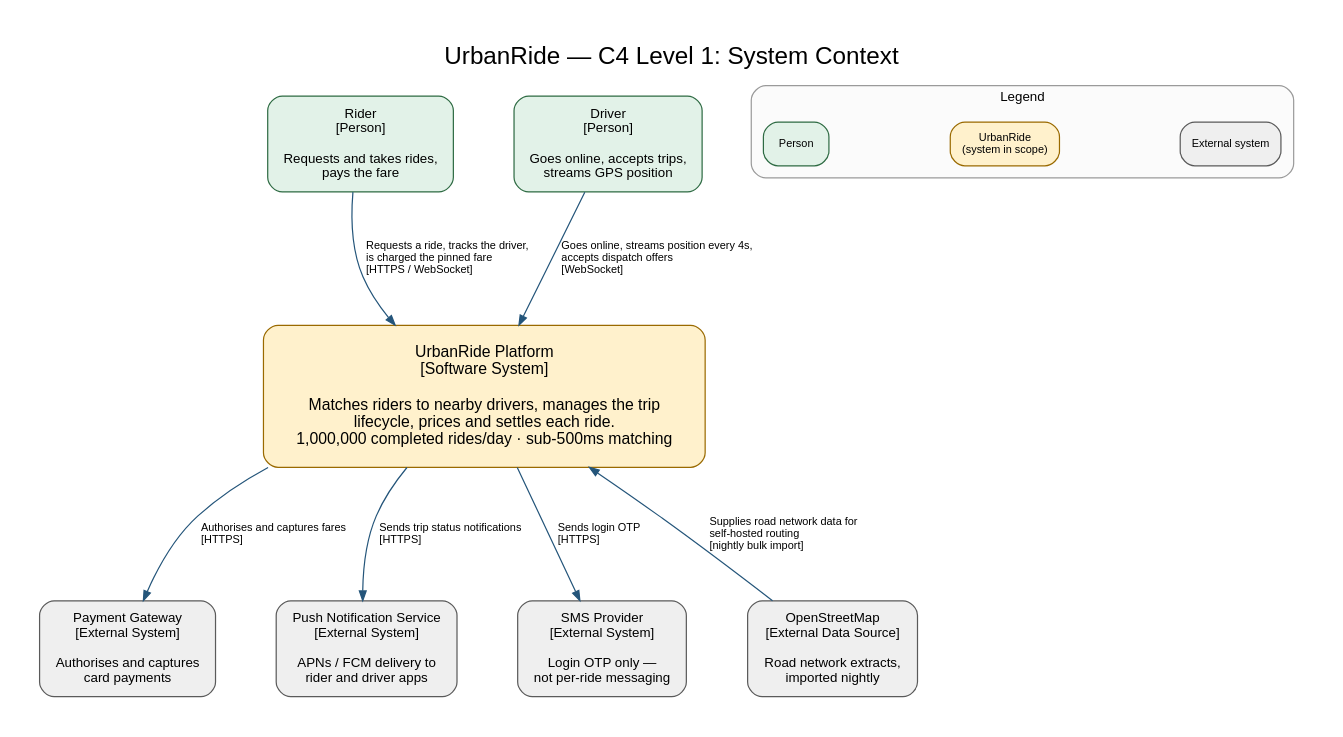
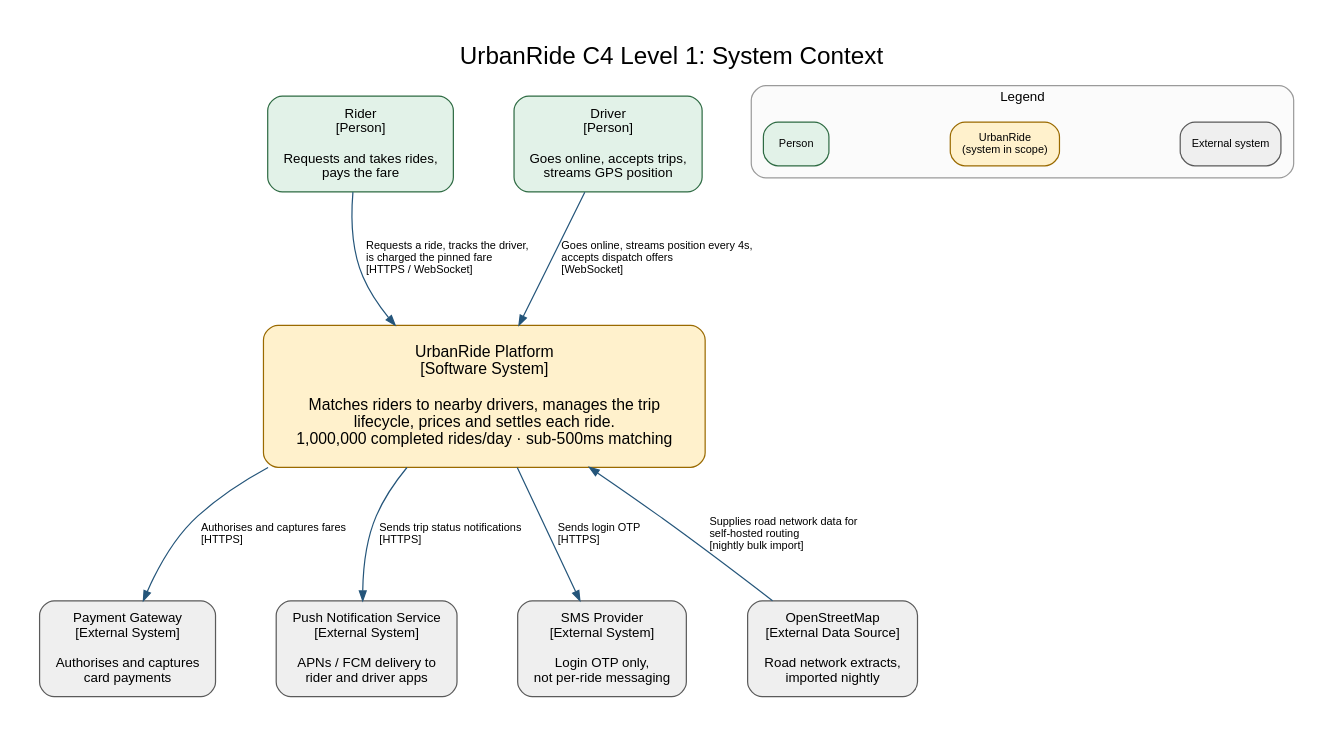
The diagram in diagrams/source/c4-01-context.dot (RashmikaMadaela/urbanride-architecture), drawn with Graphviz before and after one commit. The commit also changed 20 other files, not shown here.

```diff
--- a/diagrams/source/c4-01-context.dot
+++ b/diagrams/source/c4-01-context.dot
@@ -1,42 +1,42 @@
 digraph C4Context {
-  graph [rankdir=TB, bgcolor="white", pad="0.35", nodesep="0.7", ranksep="1.1", labelloc="t", label="UrbanRide — C4 Level 1: System Context", fontname="Arial", fontsize=20];
+  graph [rankdir=TB, bgcolor="white", pad="0.35", nodesep="0.7", ranksep="1.1", labelloc="t", label="UrbanRide C4 Level 1: System Context", fontname="Arial", fontsize=20];
   node [shape=box, style="rounded,filled", fillcolor="#E8F1FA", color="#24557A", fontname="Arial", fontsize=11, margin="0.20,0.12"];
   edge [color="#24557A", fontname="Arial", fontsize=9, arrowsize=0.8];
 
   // ---- People ----
   rider  [label="Rider\n[Person]\n\nRequests and takes rides,\npays the fare", fillcolor="#E2F2E8", color="#2E6B43"];
   driver [label="Driver\n[Person]\n\nGoes online, accepts trips,\nstreams GPS position", fillcolor="#E2F2E8", color="#2E6B43"];
 
   // ---- The system ----
   urbanride [label="UrbanRide Platform\n[Software System]\n\nMatches riders to nearby drivers, manages the trip\nlifecycle, prices and settles each ride.\n1,000,000 completed rides/day · sub-500ms matching",
              shape=box, style="rounded,filled", fillcolor="#FFF1CC", color="#9A6A00", fontsize=13, margin="0.30,0.22"];
 
   // ---- External systems ----
   pay  [label="Payment Gateway\n[External System]\n\nAuthorises and captures\ncard payments", fillcolor="#EFEFEF", color="#5A5A5A"];
   push [label="Push Notification Service\n[External System]\n\nAPNs / FCM delivery to\nrider and driver apps", fillcolor="#EFEFEF", color="#5A5A5A"];
-  sms  [label="SMS Provider\n[External System]\n\nLogin OTP only —\nnot per-ride messaging", fillcolor="#EFEFEF", color="#5A5A5A"];
+  sms  [label="SMS Provider\n[External System]\n\nLogin OTP only,\nnot per-ride messaging", fillcolor="#EFEFEF", color="#5A5A5A"];
   osm  [label="OpenStreetMap\n[External Data Source]\n\nRoad network extracts,\nimported nightly", fillcolor="#EFEFEF", color="#5A5A5A"];
 
   // ---- Relationships ----
   rider  -> urbanride [label="  Requests a ride, tracks the driver,\l  is charged the pinned fare\l  [HTTPS / WebSocket]\l"];
   driver -> urbanride [label="  Goes online, streams position every 4s,\l  accepts dispatch offers\l  [WebSocket]\l"];
 
   urbanride -> pay  [label="  Authorises and captures fares\l  [HTTPS]\l"];
   urbanride -> push [label="  Sends trip status notifications\l  [HTTPS]\l"];
   urbanride -> sms  [label="  Sends login OTP\l  [HTTPS]\l"];
   osm -> urbanride  [label="  Supplies road network data for\l  self-hosted routing\l  [nightly bulk import]\l"];
 
   { rank=same; rider; driver; }
   { rank=same; pay; push; sms; osm; }
 
   // ---- Legend ----
   subgraph cluster_legend {
     graph [label="Legend", fontname="Arial", fontsize=11, color="#9A9A9A", style="rounded", bgcolor="#FBFBFB", margin=10];
     node [fontsize=9, margin="0.12,0.06"];
     l_person [label="Person", fillcolor="#E2F2E8", color="#2E6B43"];
     l_system [label="UrbanRide\n(system in scope)", fillcolor="#FFF1CC", color="#9A6A00"];
     l_ext    [label="External system", fillcolor="#EFEFEF", color="#5A5A5A"];
     l_person -> l_system -> l_ext [style=invis];
     { rank=same; l_person; l_system; l_ext; }
   }
 }
```
